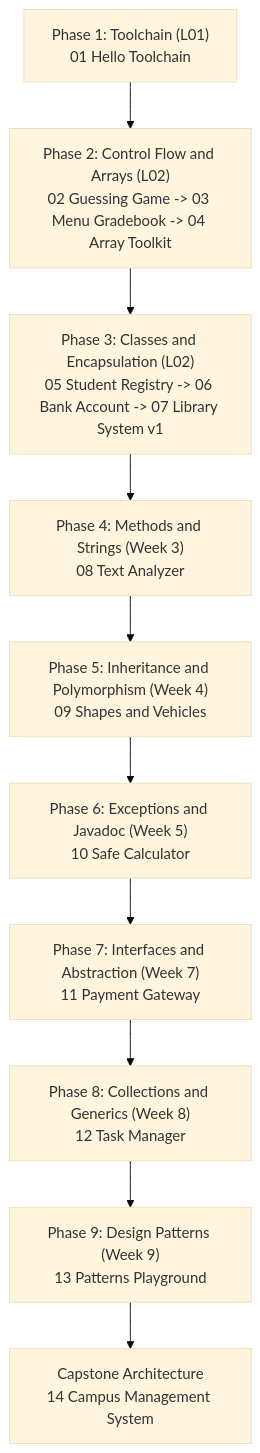
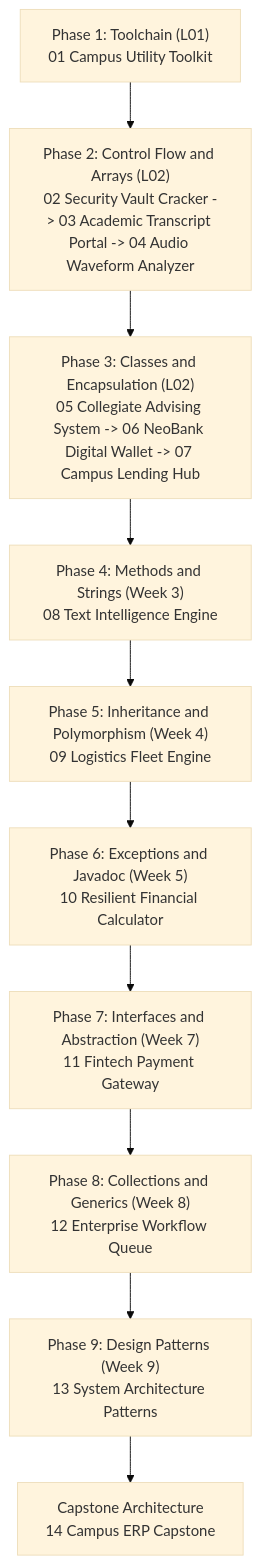
The diagram in README.md (Omar-Ayman-Ali/java-project-roadmap), drawn with Mermaid (base theme) before and after one commit. The commit also changed other lines of this file and 37 other files, not shown here.

````diff
--- a/README.md
+++ b/README.md
@@ -26,13 +26,13 @@
 ```mermaid
 flowchart TD
-    P1["Phase 1: Toolchain (L01)<br/>01 Hello Toolchain"] --> P2
-    P2["Phase 2: Control Flow and Arrays (L02)<br/>02 Guessing Game -> 03 Menu Gradebook -> 04 Array Toolkit"] --> P3
-    P3["Phase 3: Classes and Encapsulation (L02)<br/>05 Student Registry -> 06 Bank Account -> 07 Library System v1"] --> P4
-    P4["Phase 4: Methods and Strings (Week 3)<br/>08 Text Analyzer"] --> P5
-    P5["Phase 5: Inheritance and Polymorphism (Week 4)<br/>09 Shapes and Vehicles"] --> P6
-    P6["Phase 6: Exceptions and Javadoc (Week 5)<br/>10 Safe Calculator"] --> P7
-    P7["Phase 7: Interfaces and Abstraction (Week 7)<br/>11 Payment Gateway"] --> P8
-    P8["Phase 8: Collections and Generics (Week 8)<br/>12 Task Manager"] --> P9
-    P9["Phase 9: Design Patterns (Week 9)<br/>13 Patterns Playground"] --> P10
-    P10["Capstone Architecture<br/>14 Campus Management System"]
+    P1["Phase 1: Toolchain (L01)<br/>01 Campus Utility Toolkit"] --> P2
+    P2["Phase 2: Control Flow and Arrays (L02)<br/>02 Security Vault Cracker -> 03 Academic Transcript Portal -> 04 Audio Waveform Analyzer"] --> P3
+    P3["Phase 3: Classes and Encapsulation (L02)<br/>05 Collegiate Advising System -> 06 NeoBank Digital Wallet -> 07 Campus Lending Hub"] --> P4
+    P4["Phase 4: Methods and Strings (Week 3)<br/>08 Text Intelligence Engine"] --> P5
+    P5["Phase 5: Inheritance and Polymorphism (Week 4)<br/>09 Logistics Fleet Engine"] --> P6
+    P6["Phase 6: Exceptions and Javadoc (Week 5)<br/>10 Resilient Financial Calculator"] --> P7
+    P7["Phase 7: Interfaces and Abstraction (Week 7)<br/>11 Fintech Payment Gateway"] --> P8
+    P8["Phase 8: Collections and Generics (Week 8)<br/>12 Enterprise Workflow Queue"] --> P9
+    P9["Phase 9: Design Patterns (Week 9)<br/>13 System Architecture Patterns"] --> P10
+    P10["Capstone Architecture<br/>14 Campus ERP Capstone"]
 ```
````
